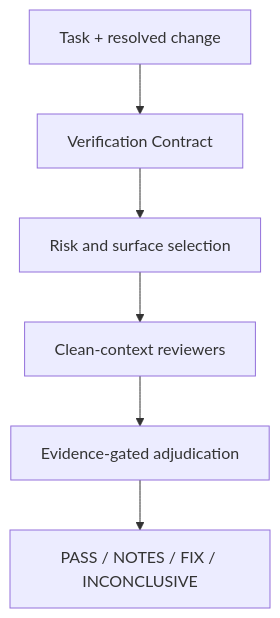
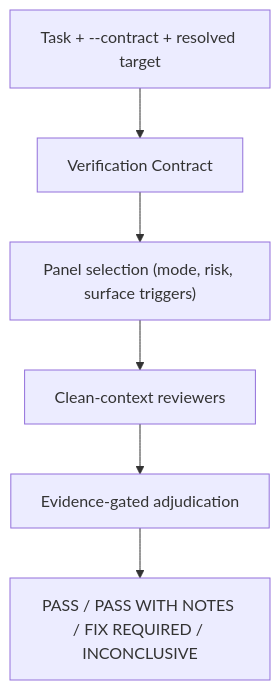
Before and after one commit to Gamebreack/agent-verification: the diagram in docs/architecture.md, drawn with Mermaid. The commit also changed other lines of this file and 96 other files, not shown here.

````diff
--- a/docs/architecture.md
+++ b/docs/architecture.md
@@ -9,8 +7,8 @@
 ```mermaid
 flowchart TD
-    A["Task + resolved change"] --> B["Verification Contract"]
-    B --> C["Risk and surface selection"]
+    A["Task + --contract + resolved target"] --> B["Verification Contract"]
+    B --> C["Panel selection (mode, risk, surface triggers)"]
     C --> D["Clean-context reviewers"]
     D --> E["Evidence-gated adjudication"]
-    E --> F["PASS / NOTES / FIX / INCONCLUSIVE"]
+    E --> F["PASS / PASS WITH NOTES / FIX REQUIRED / INCONCLUSIVE"]
 ```
````
